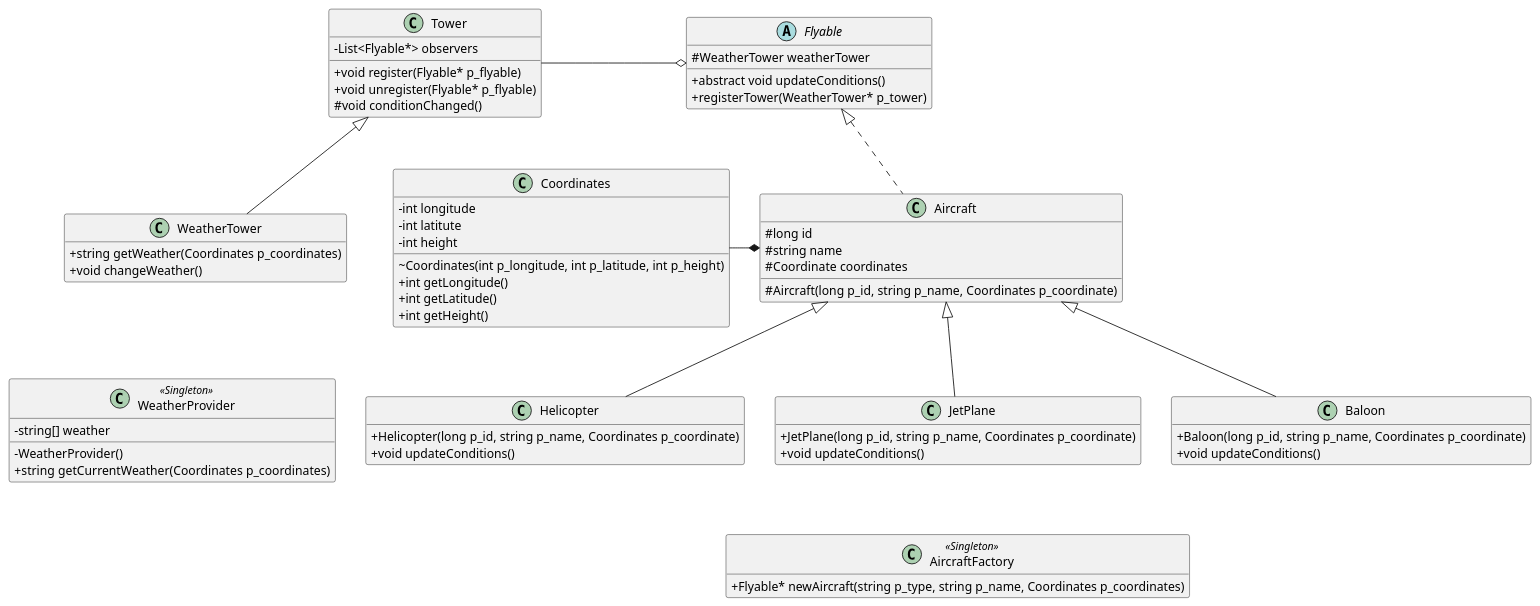
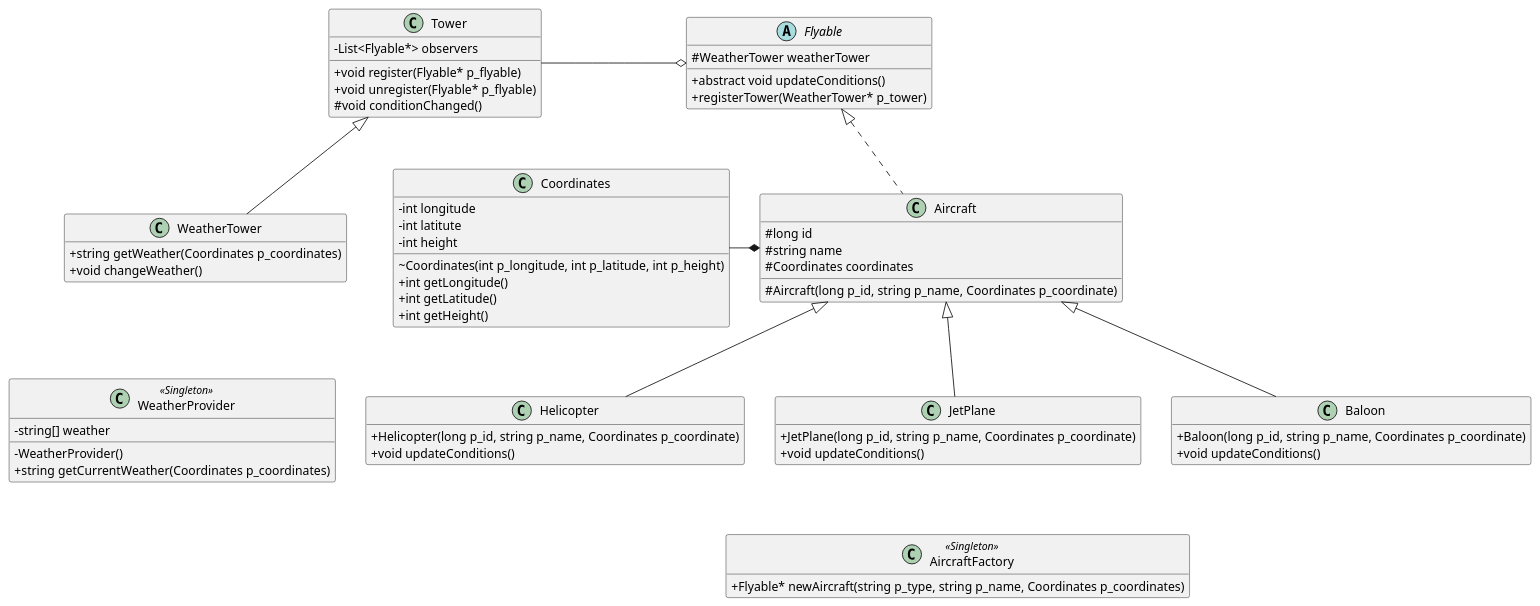
Before and after one commit to koukunwlk/avaj-launcher: the diagram in global.puml, drawn with PlantUML. The commit also changed 12 other files, not shown here.

```diff
--- a/global.puml
+++ b/global.puml
@@ -1,85 +1,85 @@
 @startuml
 skinparam classAttributeIconSize 0
 hide empty members
 class Tower
 {
 - List<Flyable*> observers
 +void register(Flyable* p_flyable)
 +void unregister(Flyable* p_flyable)
 #void conditionChanged()
 }
 
 class WeatherTower
 {
 +string getWeather(Coordinates p_coordinates)
 +void changeWeather()
 }
 
 class WeatherProvider <<Singleton>>
 {
 -string[] weather
 -WeatherProvider()
 +string getCurrentWeather(Coordinates p_coordinates)
 }
 
 class Coordinates
 {
 -int longitude
 -int latitute
 -int height
 ~Coordinates(int p_longitude, int p_latitude, int p_height)
 +int getLongitude()
 +int getLatitude()
 +int getHeight()
 }
 
 class Aircraft
 {
 #long id
 #string name
-#Coordinate coordinates
+#Coordinates coordinates
 #Aircraft(long p_id, string p_name, Coordinates p_coordinate)
 }
 
 abstract Flyable
 {
 #WeatherTower weatherTower
 +abstract void updateConditions()
 +registerTower(WeatherTower* p_tower)
 }
 
 class Helicopter
 {
 +Helicopter(long p_id, string p_name, Coordinates p_coordinate)
 +void updateConditions()
 }
 
 class JetPlane
 {
 +JetPlane(long p_id, string p_name, Coordinates p_coordinate)
 +void updateConditions()
 }
 
 class Baloon
 {
 +Baloon(long p_id, string p_name, Coordinates p_coordinate)
 +void updateConditions()
 }
 
 class AircraftFactory <<Singleton>>
 {
 +Flyable* newAircraft(string p_type, string p_name, Coordinates p_coordinates)
 }
 
 Tower <|-- WeatherTower
 Tower -o Flyable
 Coordinates -* Aircraft
 Flyable <|.. Aircraft 
 Aircraft <|-- Helicopter
 Aircraft <|-- JetPlane
 Aircraft <|-- Baloon
 
 JetPlane -[hidden]- AircraftFactory
 WeatherTower -[hidden]- WeatherProvider
 
 @enduml
```
